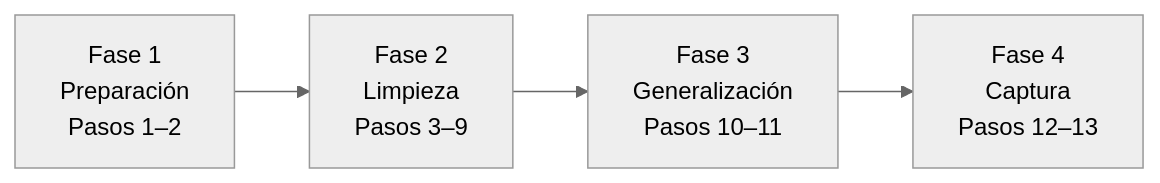
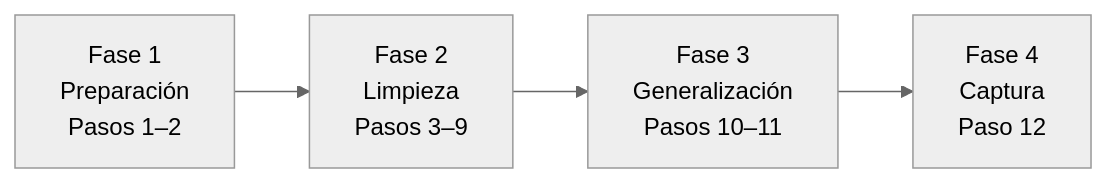
The diagram in docs/README-02.md (DUVAN04/windows-image-deployment), drawn with Mermaid (neutral theme) before and after one commit. The commit also changed other lines of this file, not shown here.

````diff
--- a/docs/README-02.md
+++ b/docs/README-02.md
@@ -3,6 +3,6 @@
 ```mermaid
 flowchart LR
     A["Fase 1<br/>Preparación<br/>Pasos 1–2"] --> B["Fase 2<br/>Limpieza<br/>Pasos 3–9"]
     B --> C["Fase 3<br/>Generalización<br/>Pasos 10–11"]
-    C --> D["Fase 4<br/>Captura<br/>Pasos 12–13"]
+    C --> D["Fase 4<br/>Captura<br/>Paso 12"]
 ```
````
